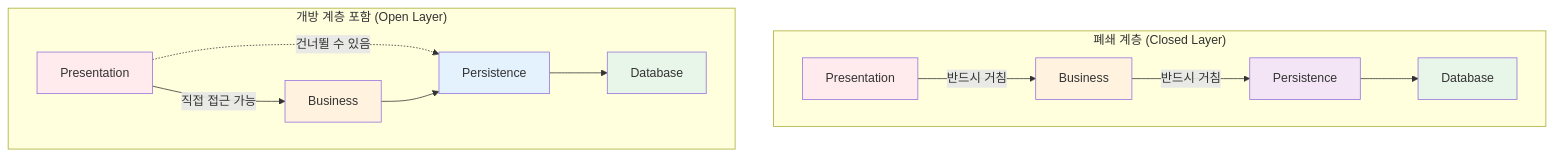
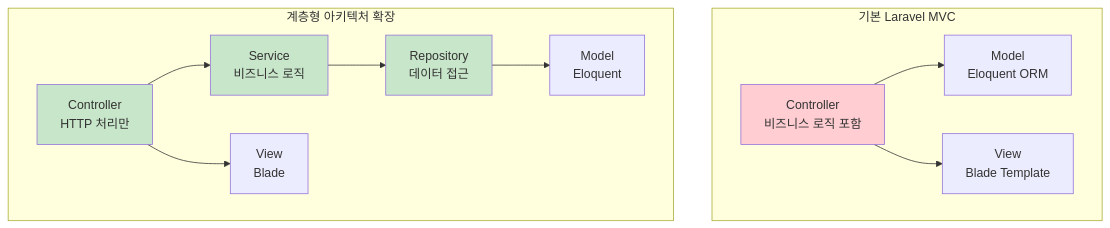
Before and after one commit to shaul1991/study-architecture: the fourth of 22 diagrams in architecture/layered/README.md, drawn with Mermaid. The commit also changed other lines of this file and 1 other file, not shown here.

First line of the commit message:
refactor: 레이어드 아키텍처 문서를 Laravel 기준으로 수정

````diff
--- a/architecture/layered/README.md
+++ b/architecture/layered/README.md
@@ -122,24 +121,29 @@
 ```mermaid
-graph TD
-    subgraph "폐쇄 계층 (Closed Layer)"
-        C1[Presentation] -->|반드시 거침| C2[Business]
-        C2 -->|반드시 거침| C3[Persistence]
-        C3 --> C4[Database]
+graph TB
+    subgraph "기본 Laravel MVC"
+        MVC1[Controller<br/>비즈니스 로직 포함]
+        MVC2[Model<br/>Eloquent ORM]
+        MVC3[View<br/>Blade Template]
+
+        MVC1 --> MVC2
+        MVC1 --> MVC3
     end
 
-    subgraph "개방 계층 포함 (Open Layer)"
-        O1[Presentation] -->|직접 접근 가능| O2[Business]
-        O1 -.->|건너뛸 수 있음| O3[Persistence]
-        O2 --> O3
-        O3 --> O4[Database]
+    subgraph "계층형 아키텍처 확장"
+        L1[Controller<br/>HTTP 처리만]
+        L2[Service<br/>비즈니스 로직]
+        L3[Repository<br/>데이터 접근]
+        L4[Model<br/>Eloquent]
+        L5[View<br/>Blade]
+
+        L1 --> L2
+        L2 --> L3
+        L3 --> L4
+        L1 --> L5
     end
 
-    style C1 fill:#ffebee
-    style C2 fill:#fff3e0
-    style C3 fill:#f3e5f5
-    style C4 fill:#e8f5e9
-    style O1 fill:#ffebee
-    style O2 fill:#fff3e0
-    style O3 fill:#e3f2fd
-    style O4 fill:#e8f5e9
+    style MVC1 fill:#ffcdd2
+    style L1 fill:#c8e6c9
+    style L2 fill:#c8e6c9
+    style L3 fill:#c8e6c9
 ```
````
